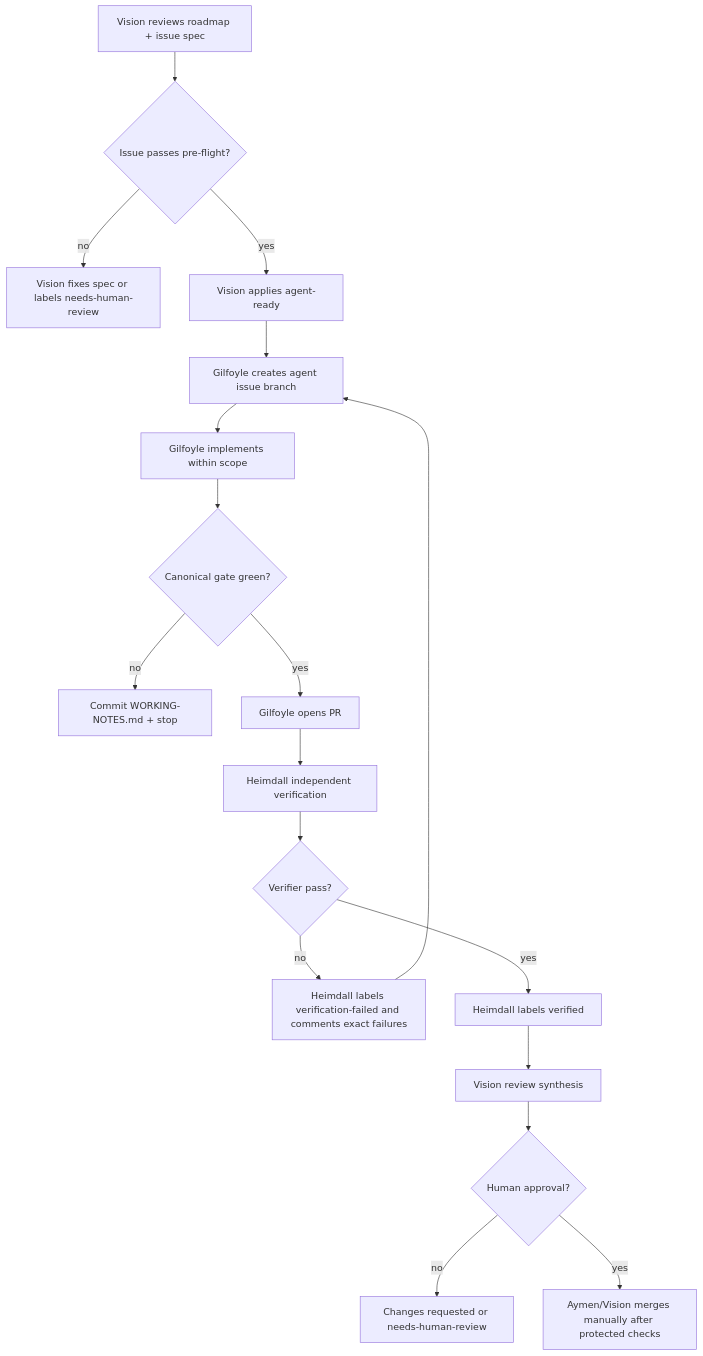
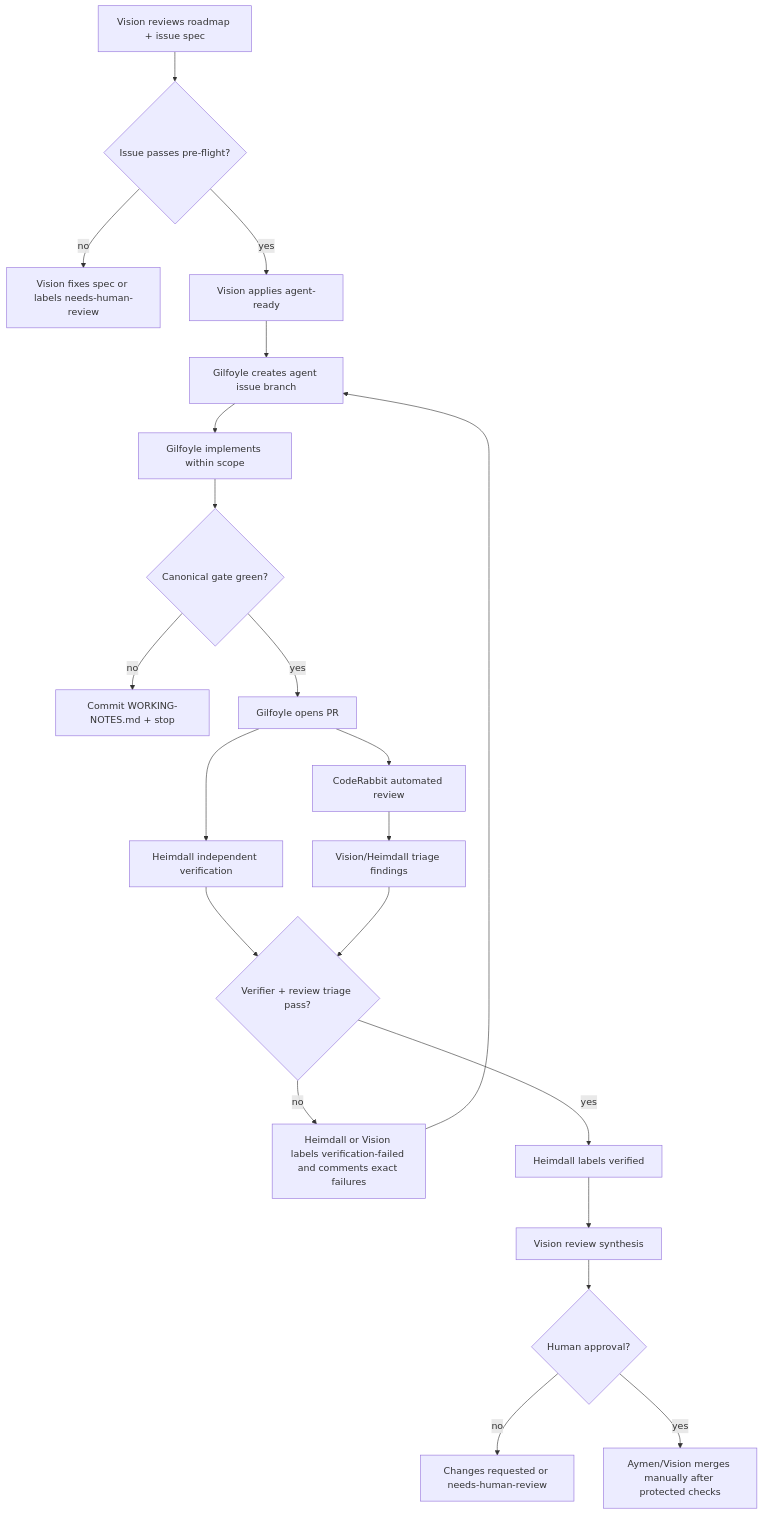
One commit to ayhammouda/python-docs-mcp-server changed the first of 2 diagrams in OPENCLAW-FORGE-PROTOCOL.md. Above: the diagram before and after it, drawn with Mermaid. The commit also changed other lines of this file and 2 other files, not shown here.

Commit message:
chore(forge): add CodeRabbit review gate

````diff
--- a/OPENCLAW-FORGE-PROTOCOL.md
+++ b/OPENCLAW-FORGE-PROTOCOL.md
@@ -40,20 +42,23 @@
 ```mermaid
 flowchart TD
     A[Vision reviews roadmap + issue spec] --> B{Issue passes pre-flight?}
     B -- no --> C[Vision fixes spec or labels needs-human-review]
     B -- yes --> D[Vision applies agent-ready]
     D --> E[Gilfoyle creates agent issue branch]
     E --> F[Gilfoyle implements within scope]
     F --> G{Canonical gate green?}
     G -- no --> H[Commit WORKING-NOTES.md + stop]
     G -- yes --> I[Gilfoyle opens PR]
+    I --> R[CodeRabbit automated review]
     I --> J[Heimdall independent verification]
-    J --> K{Verifier pass?}
-    K -- no --> L[Heimdall labels verification-failed and comments exact failures]
+    R --> S[Vision/Heimdall triage findings]
+    J --> K{Verifier + review triage pass?}
+    S --> K
+    K -- no --> L[Heimdall or Vision labels verification-failed and comments exact failures]
     L --> E
     K -- yes --> M[Heimdall labels verified]
     M --> N[Vision review synthesis]
     N --> O{Human approval?}
     O -- no --> P[Changes requested or needs-human-review]
     O -- yes --> Q[Aymen/Vision merges manually after protected checks]
 ```
````
